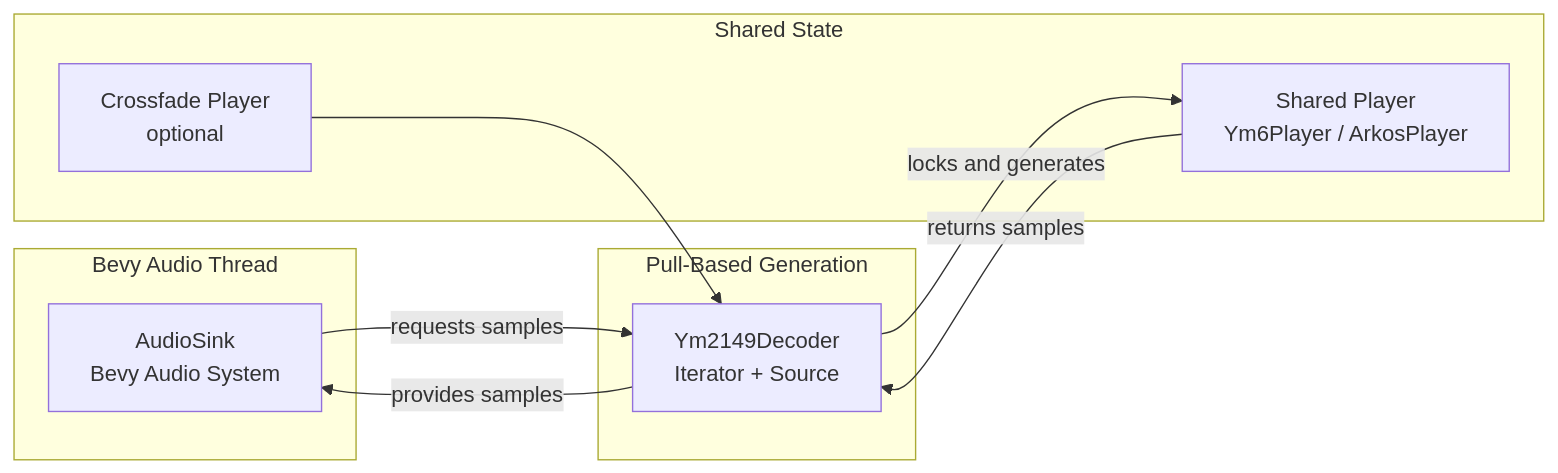
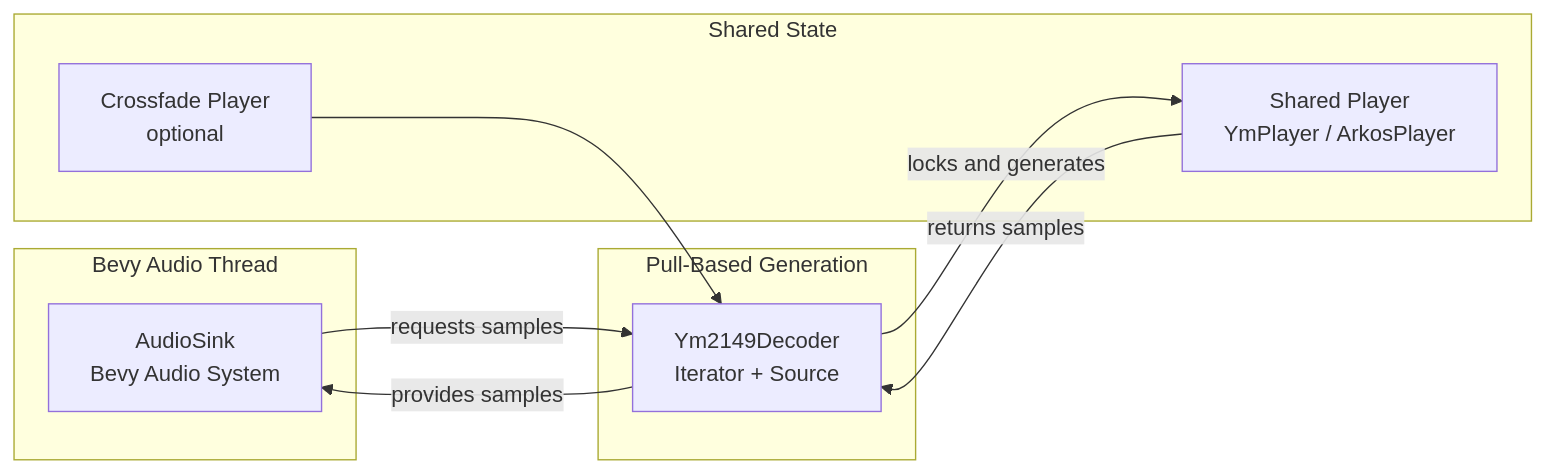
One commit to slippyex/ym2149-rs changed the sixth of 6 diagrams in ARCHITECTURE.md. Above: the diagram before and after it, drawn with Mermaid. The commit also changed other lines of this file and 77 other files, not shown here.

````diff
--- a/ARCHITECTURE.md
+++ b/ARCHITECTURE.md
@@ -752,21 +755,21 @@
 ```mermaid
 graph LR
     subgraph "Bevy Audio Thread"
         SINK["AudioSink<br/>Bevy Audio System"]
     end
 
     subgraph "Pull-Based Generation"
         DEC["Ym2149Decoder<br/>Iterator + Source"]
     end
 
     subgraph "Shared State"
-        PLAYER["Shared Player<br/>Ym6Player / ArkosPlayer"]
+        PLAYER["Shared Player<br/>YmPlayer / ArkosPlayer"]
         CF["Crossfade Player<br/>optional"]
     end
 
     SINK -->|requests samples| DEC
     DEC -->|locks and generates| PLAYER
     CF --> DEC
     PLAYER -->|returns samples| DEC
     DEC -->|provides samples| SINK
 ```
````
